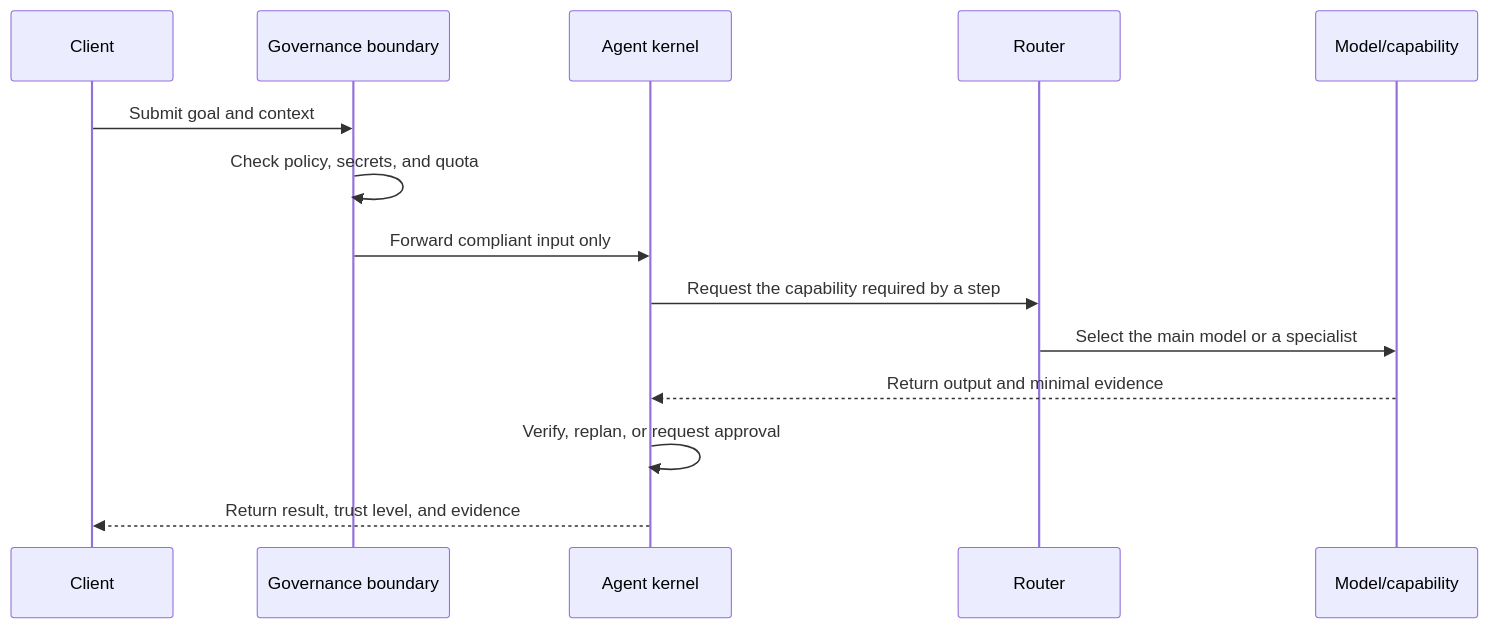
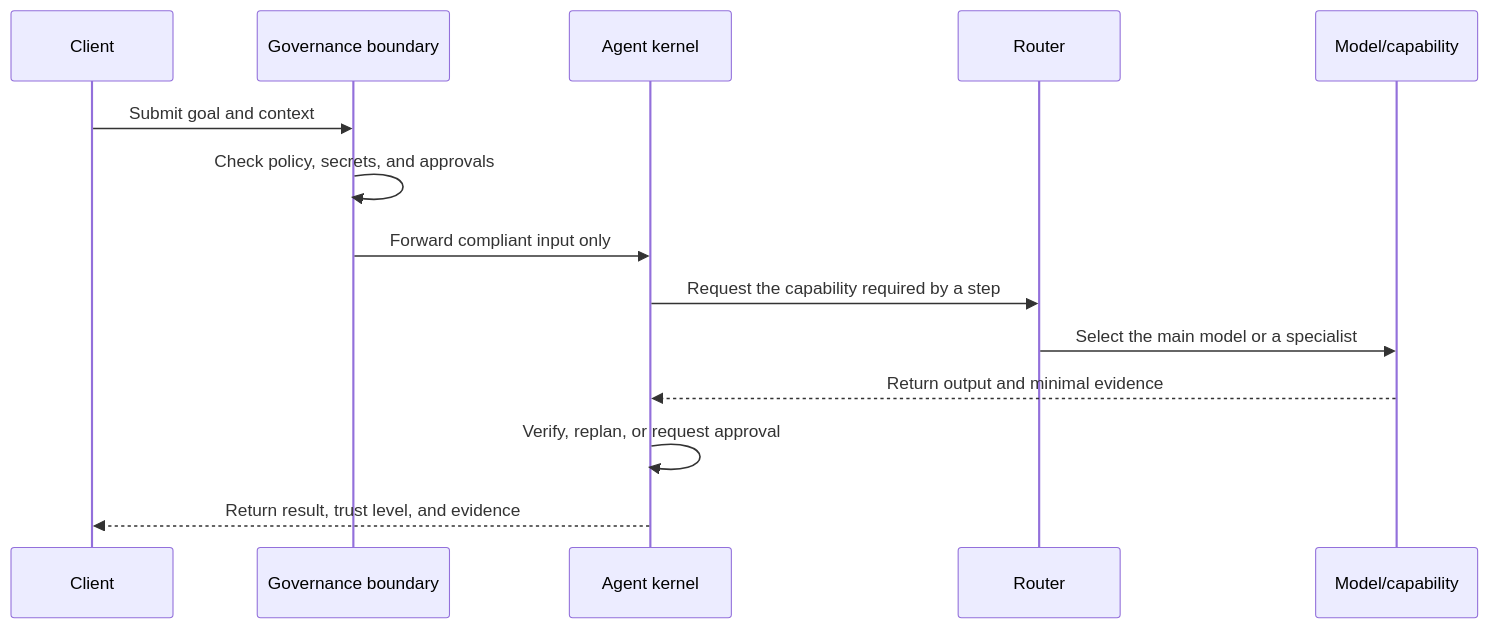
One commit to skillnull/AI-Tidu9 changed the second of 4 diagrams in docs/ARCHITECTURE.EN.md. Above: the diagram before and after it, drawn with Mermaid. The commit also changed other lines of this file and 43 other files, not shown here.

````diff
--- a/docs/ARCHITECTURE.EN.md
+++ b/docs/ARCHITECTURE.EN.md
@@ -54,17 +56,17 @@
 ```mermaid
 sequenceDiagram
   participant Client
   participant Gate as Governance boundary
   participant Agent as Agent kernel
   participant Route as Router
   participant Capability as Model/capability
 
   Client->>Gate: Submit goal and context
-  Gate->>Gate: Check policy, secrets, and quota
+  Gate->>Gate: Check policy, secrets, and approvals
   Gate->>Agent: Forward compliant input only
   Agent->>Route: Request the capability required by a step
   Route->>Capability: Select the main model or a specialist
   Capability-->>Agent: Return output and minimal evidence
   Agent->>Agent: Verify, replan, or request approval
   Agent-->>Client: Return result, trust level, and evidence
 ```
````
